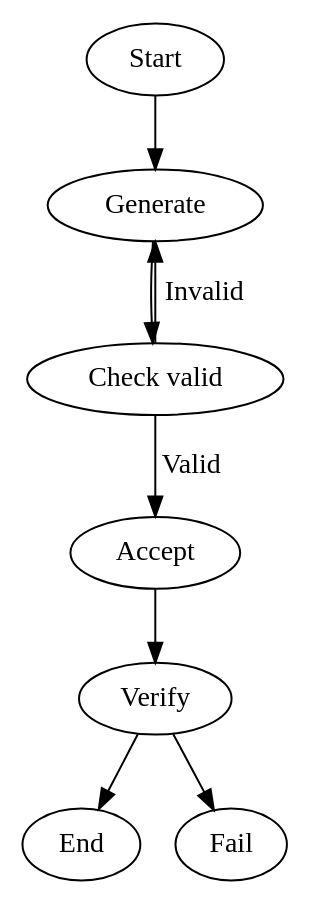
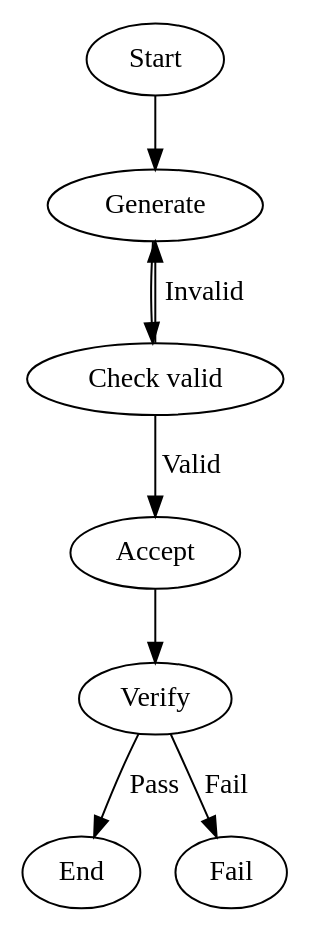
The diagram in .stencila/workflows/test-conditional-branching/WORKFLOW.md (stencila/stencila), drawn with Graphviz before and after one commit. The commit also changed 21 other files, not shown here.

````diff
--- a/.stencila/workflows/test-conditional-branching/WORKFLOW.md
+++ b/.stencila/workflows/test-conditional-branching/WORKFLOW.md
@@ -9,19 +9,19 @@
 ```dot
 digraph Workflow {
   Start -> Generate
 
   Generate [prompt="Reply with ONLY a single three-letter English word in lowercase, nothing else."]
   Generate -> CheckValid
 
   CheckValid [label="Check valid"]
   CheckValid -> Accept   [label="Valid", condition="outcome=success"]
   CheckValid -> Generate [label="Invalid", condition="outcome!=success"]
 
   Accept   [prompt="Reply with ONLY the word: $last_output"]
   Accept -> Verify
 
-  Verify [prompt="Is '$last_output' a single three-letter English word in lowercase? Reply with ONLY yes or no in lowercase, nothing else."]
-  Verify -> End  [condition="context.last_output=yes"]
-  Verify -> Fail
+  Verify [prompt="Is '$last_output' a single three-letter English word in lowercase? Verify the result and choose Pass or Fail."]
+  Verify -> End  [label="Pass"]
+  Verify -> Fail [label="Fail"]
 }
 ```
````
